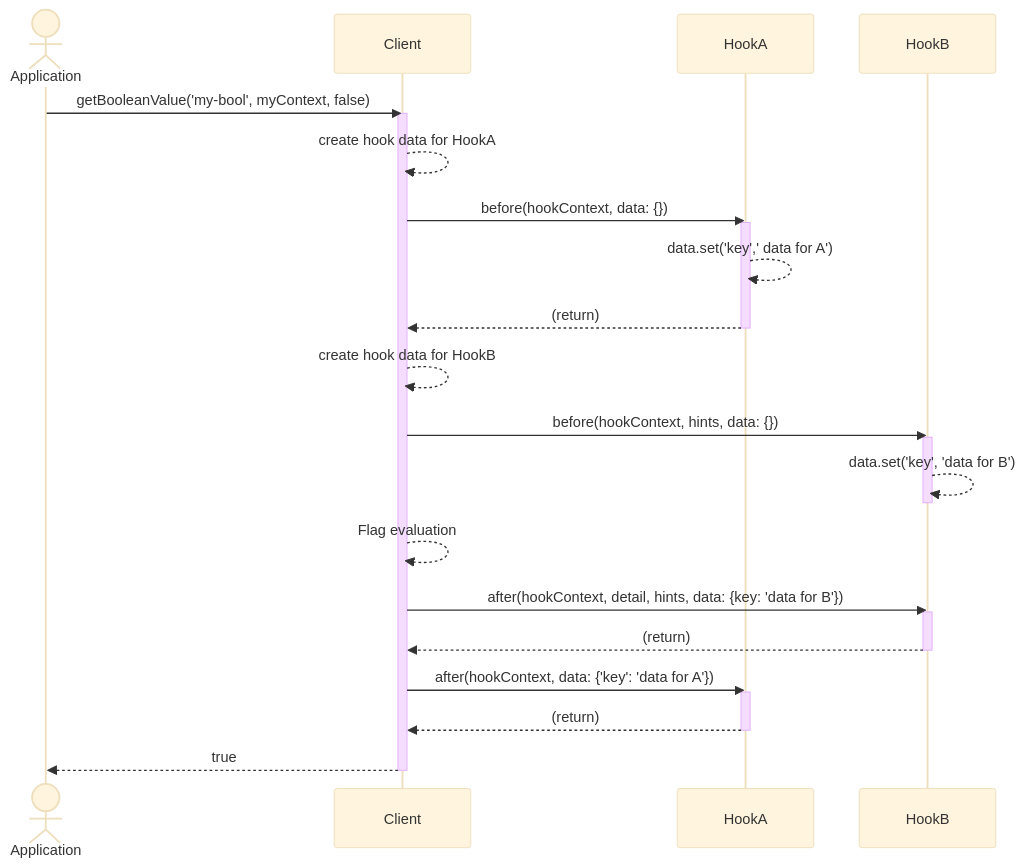
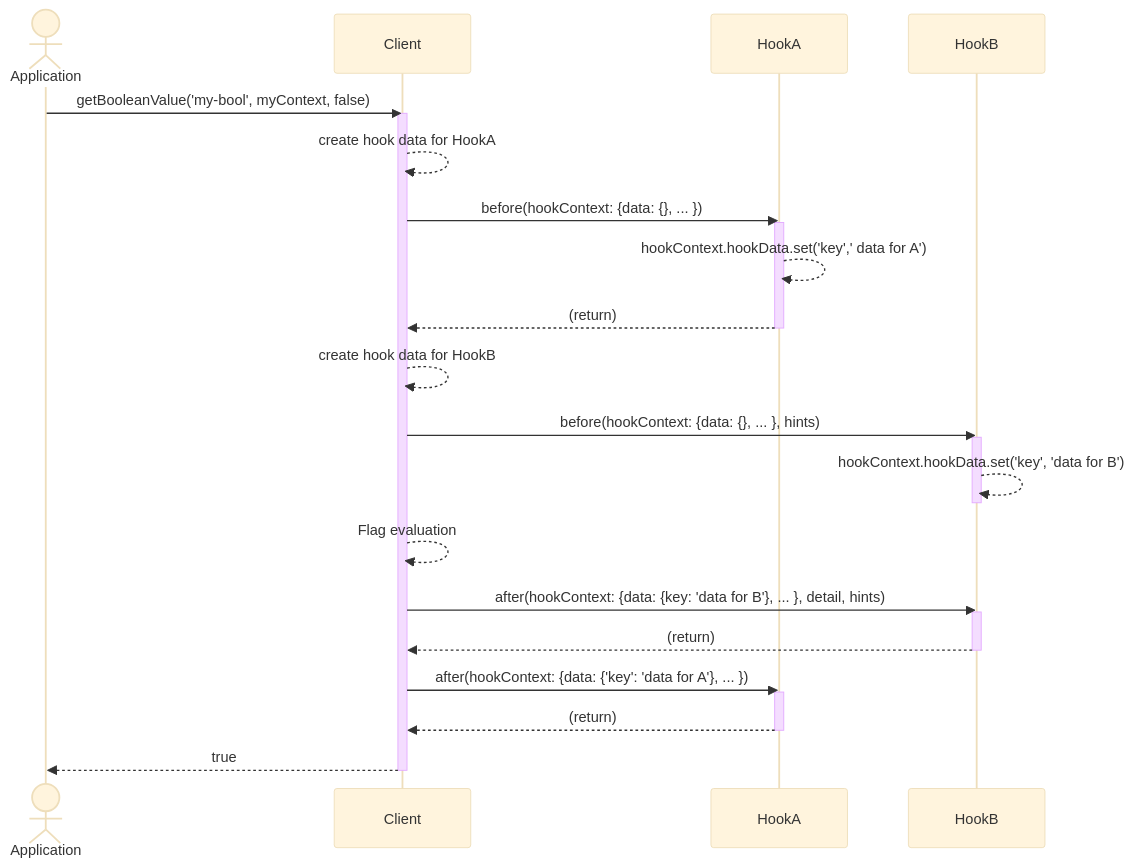
Before and after one commit to open-feature/spec: the second of 2 diagrams in specification/sections/04-hooks.md, drawn with Mermaid (base theme). The commit also changed other lines of this file, not shown here.

````diff
--- a/specification/sections/04-hooks.md
+++ b/specification/sections/04-hooks.md
@@ -128,46 +95,46 @@
 ```mermaid
 sequenceDiagram
 actor Application
 participant Client
 participant HookA
 participant HookB
 
 Application->>Client: getBooleanValue('my-bool', myContext, false)
 activate Client
 
 Client-->>Client: create hook data for HookA
 
-Client->>HookA: before(hookContext, data: {})
+Client->>HookA: before(hookContext: {data: {}, ... })
 activate HookA
 
-HookA-->>HookA: data.set('key',' data for A')
+HookA-->>HookA: hookContext.hookData.set('key',' data for A')
 
 HookA-->>Client: (return)
 deactivate HookA
 
 Client-->>Client: create hook data for HookB
 
-Client->>HookB: before(hookContext, hints, data: {})
+Client->>HookB: before(hookContext: {data: {}, ... }, hints)
 activate HookB
 
-HookB-->>HookB: data.set('key', 'data for B')
+HookB-->>HookB: hookContext.hookData.set('key', 'data for B')
 deactivate HookB
 
 Client-->>Client: Flag evaluation
 
-Client->>HookB: after(hookContext, detail, hints, data: {key: 'data for B'})
+Client->>HookB: after(hookContext: {data: {key: 'data for B'}, ... }, detail, hints)
 activate HookB
 
 HookB-->>Client: (return)
 deactivate HookB
 
-Client->>HookA: after(hookContext, data: {'key': 'data for A'})
+Client->>HookA: after(hookContext: {data: {'key': 'data for A'}, ... })
 activate HookA
 
 HookA-->>Client: (return)
 deactivate HookA
 
 Client-->>Application: true
 deactivate Client
 
 ```
````
